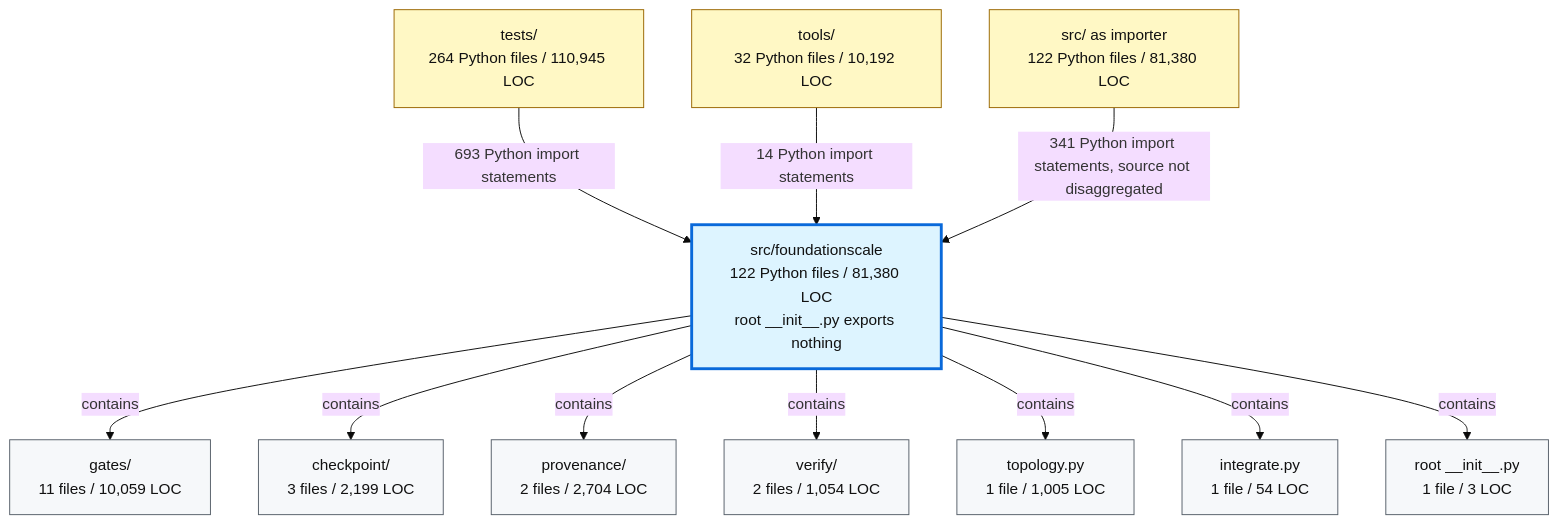
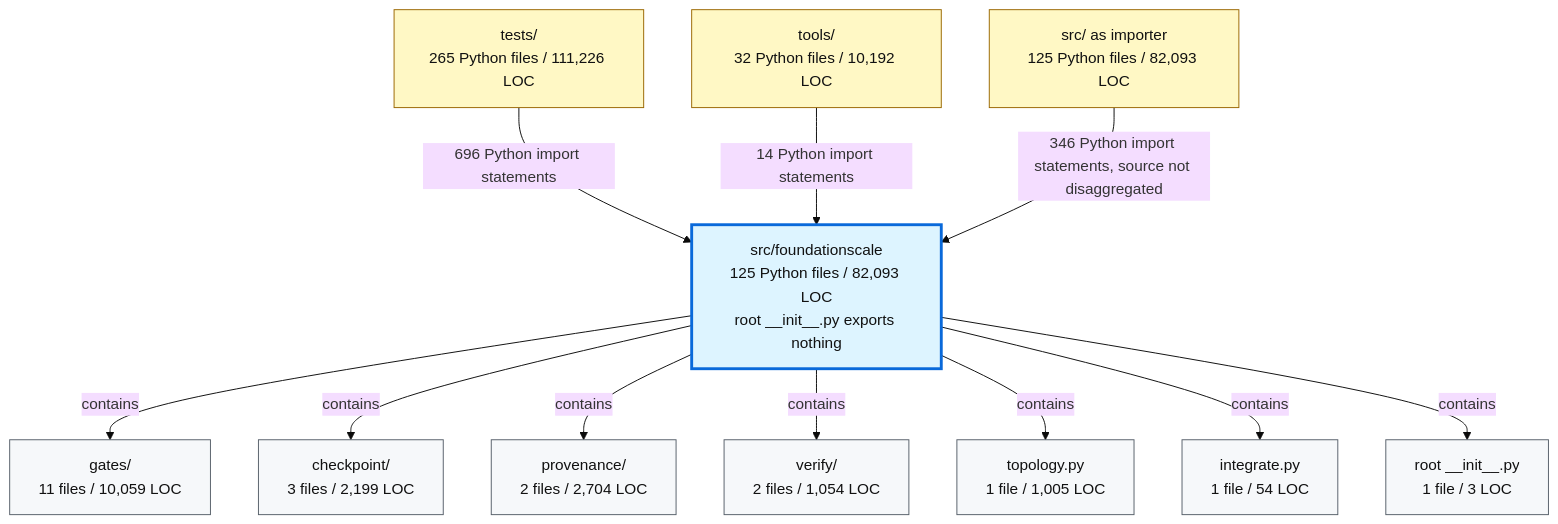
One commit to TranNhiem/FoundationScale changed the second of 2 diagrams in docs/review/D2_current_architecture.md. Above: the diagram before and after it, drawn with Mermaid (base theme). The commit also changed other lines of this file and 21 other files, not shown here.

````diff
--- a/docs/review/D2_current_architecture.md
+++ b/docs/review/D2_current_architecture.md
@@ -97,36 +97,36 @@
 ```mermaid
 flowchart TB
-  TESTS["tests/<br/>264 Python files / 110,945 LOC"]
+  TESTS["tests/<br/>265 Python files / 111,226 LOC"]
   TOOLS["tools/<br/>32 Python files / 10,192 LOC"]
-  SRC["src/ as importer<br/>122 Python files / 81,380 LOC"]
+  SRC["src/ as importer<br/>125 Python files / 82,093 LOC"]
 
-  FS["src/foundationscale<br/>122 Python files / 81,380 LOC<br/>root __init__.py exports nothing"]
+  FS["src/foundationscale<br/>125 Python files / 82,093 LOC<br/>root __init__.py exports nothing"]
 
   GATES["gates/<br/>11 files / 10,059 LOC"]
   CKPT["checkpoint/<br/>3 files / 2,199 LOC"]
   PROV["provenance/<br/>2 files / 2,704 LOC"]
   VERIFY["verify/<br/>2 files / 1,054 LOC"]
   TOPO["topology.py<br/>1 file / 1,005 LOC"]
   INTEG["integrate.py<br/>1 file / 54 LOC"]
   ROOT["root __init__.py<br/>1 file / 3 LOC"]
 
-  TESTS -->|"693 Python import statements"| FS
+  TESTS -->|"696 Python import statements"| FS
   TOOLS -->|"14 Python import statements"| FS
-  SRC -->|"341 Python import statements, source not disaggregated"| FS
+  SRC -->|"346 Python import statements, source not disaggregated"| FS
 
   FS -->|"contains"| GATES
   FS -->|"contains"| CKPT
   FS -->|"contains"| PROV
   FS -->|"contains"| VERIFY
   FS -->|"contains"| TOPO
   FS -->|"contains"| INTEG
   FS -->|"contains"| ROOT
 
   classDef consumer fill:#fff8c5,stroke:#9a6700,color:#111;
   classDef package fill:#ddf4ff,stroke:#0969da,stroke-width:3px,color:#111;
   classDef module fill:#f6f8fa,stroke:#57606a,color:#111;
 
   class TESTS,TOOLS,SRC consumer;
   class FS package;
   class GATES,CKPT,PROV,VERIFY,TOPO,INTEG,ROOT module;
 ```
````
